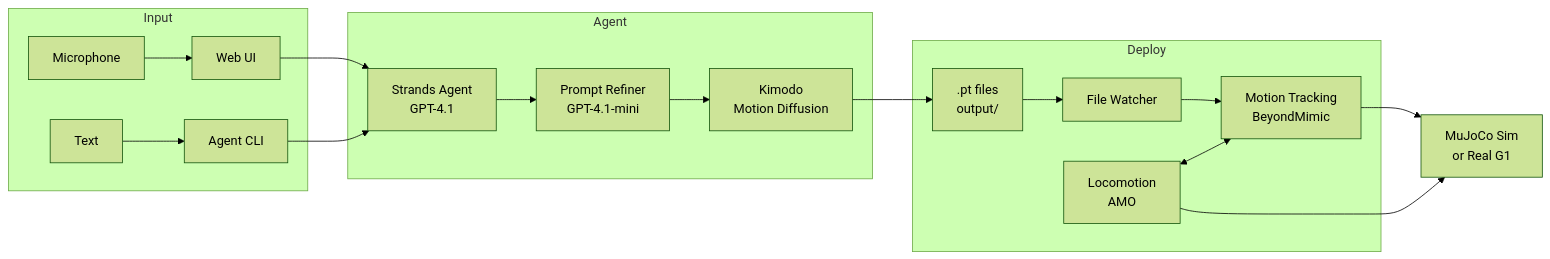
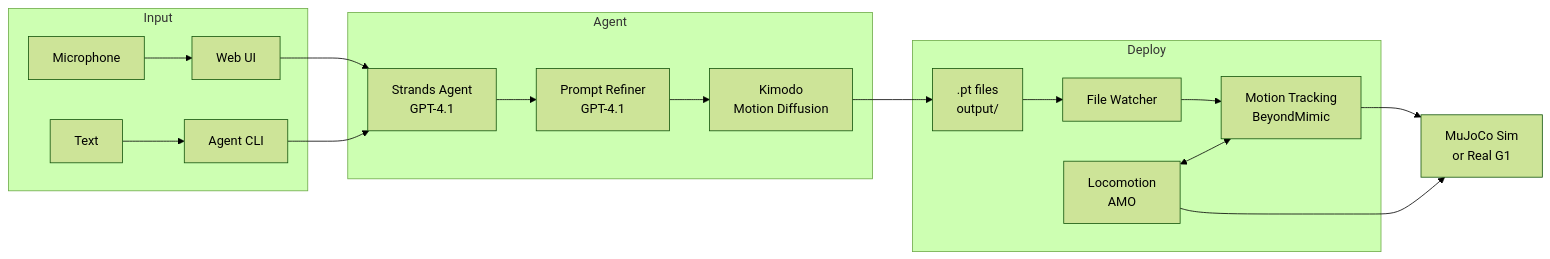
One commit to maedmatt/DreamMotion changed the diagram in README.md. Above: the diagram before and after it, drawn with Mermaid (forest theme). The commit also changed other lines of this file and 29 other files, not shown here.

````diff
--- a/README.md
+++ b/README.md
@@ -7,25 +7,25 @@
 ```mermaid
 graph LR
     subgraph Input
         MIC[Microphone] --> WEB[Web UI]
         TEXT[Text] --> CLI[Agent CLI]
     end
 
     subgraph Agent
         WEB --> AGENT[Strands Agent<br/>GPT-4.1]
         CLI --> AGENT
-        AGENT --> REFINER[Prompt Refiner<br/>GPT-4.1-mini]
+        AGENT --> REFINER[Prompt Refiner<br/>GPT-4.1]
         REFINER --> KIMODO[Kimodo<br/>Motion Diffusion]
     end
 
     KIMODO --> PT[.pt files<br/>output/]
 
     subgraph Deploy
         PT --> WATCHER[File Watcher]
         WATCHER --> MIMIC[Motion Tracking<br/>BeyondMimic]
         LOCO[Locomotion<br/>AMO] <--> MIMIC
     end
 
     LOCO --> ROBOT[MuJoCo Sim<br/>or Real G1]
     MIMIC --> ROBOT
 ```
````
